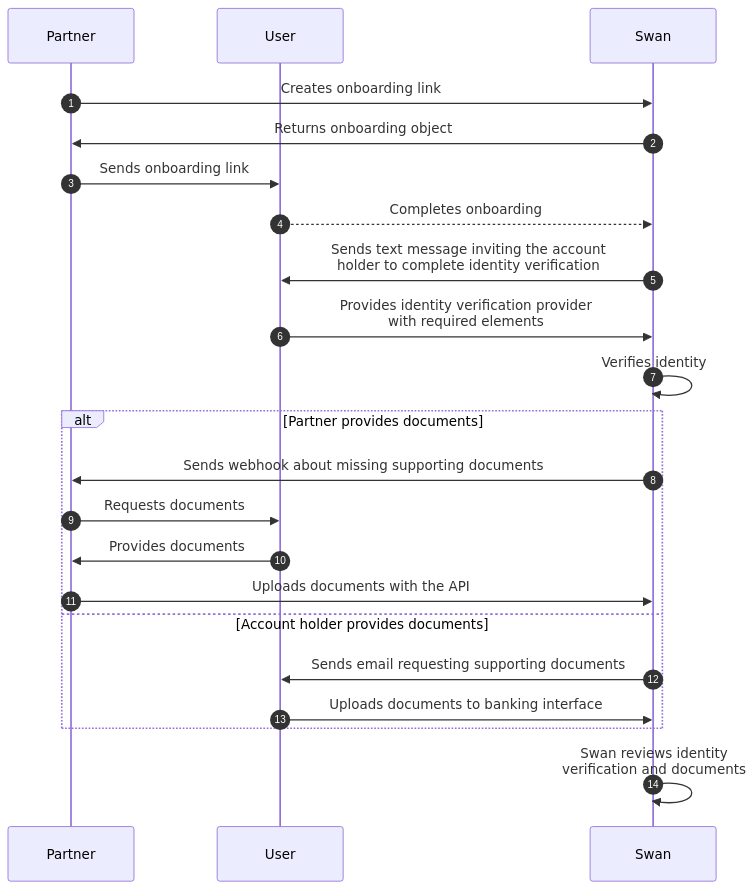
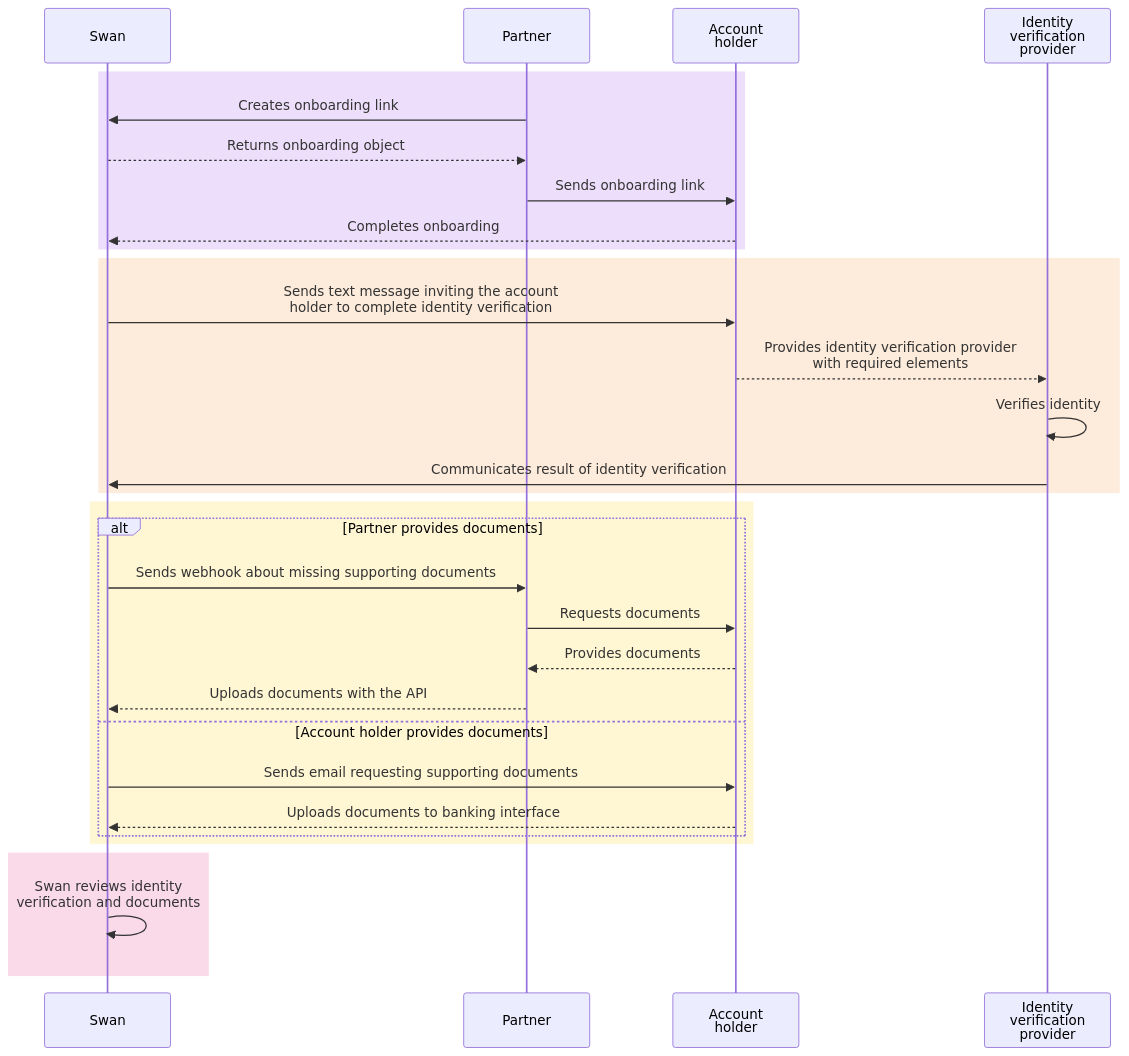
The second of 2 diagrams in docs/topics/onboarding/account-holders/index.mdx (swan-io/docs), drawn with Mermaid before and after one commit. The commit also changed other lines of this file and 48 other files, not shown here.

````diff
--- a/docs/topics/onboarding/account-holders/index.mdx
+++ b/docs/topics/onboarding/account-holders/index.mdx
@@ -87,23 +94,33 @@
 ```mermaid
-sequenceDiagram autoNumber
+sequenceDiagram
+participant S as Swan
 participant P as Partner
-participant U as User
-participant S as Swan
+participant AH as Account<br/>holder
+participant ID as Identity<br/>verification<br/>provider
+    rect rgb(237,223,251)
     P ->> S: Creates onboarding link
-    S ->> P: Returns onboarding object
-    P ->> U: Sends onboarding link
-    U -->> S: Completes onboarding
-    S ->> U: Sends text message inviting the account<br/>holder to complete identity verification
-    U ->> S: Provides identity verification provider<br/>with required elements
-    S ->> S: Verifies identity
+    S -->> P: Returns onboarding object
+    P ->> AH: Sends onboarding link
+    AH -->> S: Completes onboarding
+    end
+    rect rgb(253,235,219)
+    S ->> AH: Sends text message inviting the account<br/>holder to complete identity verification
+    AH -->> ID: Provides identity verification provider<br/>with required elements
+    ID ->> ID: Verifies identity
+    ID ->> S: Communicates result of identity verification
+    end
+    rect rgb(255,246,212)
     alt Partner provides documents
         S ->> P: Sends webhook about missing supporting documents
-        P ->> U: Requests documents
-        U ->> P: Provides documents
-        P ->>S: Uploads documents with the API
+        P ->> AH: Requests documents
+        AH -->> P: Provides documents
+        P -->>S: Uploads documents with the API
     else Account holder provides documents
-        S ->> U: Sends email requesting supporting documents
-        U ->> S: Uploads documents to banking interface
+        S ->> AH: Sends email requesting supporting documents
+        AH -->> S: Uploads documents to banking interface
     end
+    end
+    rect rgb(250,217,233)
     S ->> S: Swan reviews identity<br/>verification and documents
+    end
 ```
````
